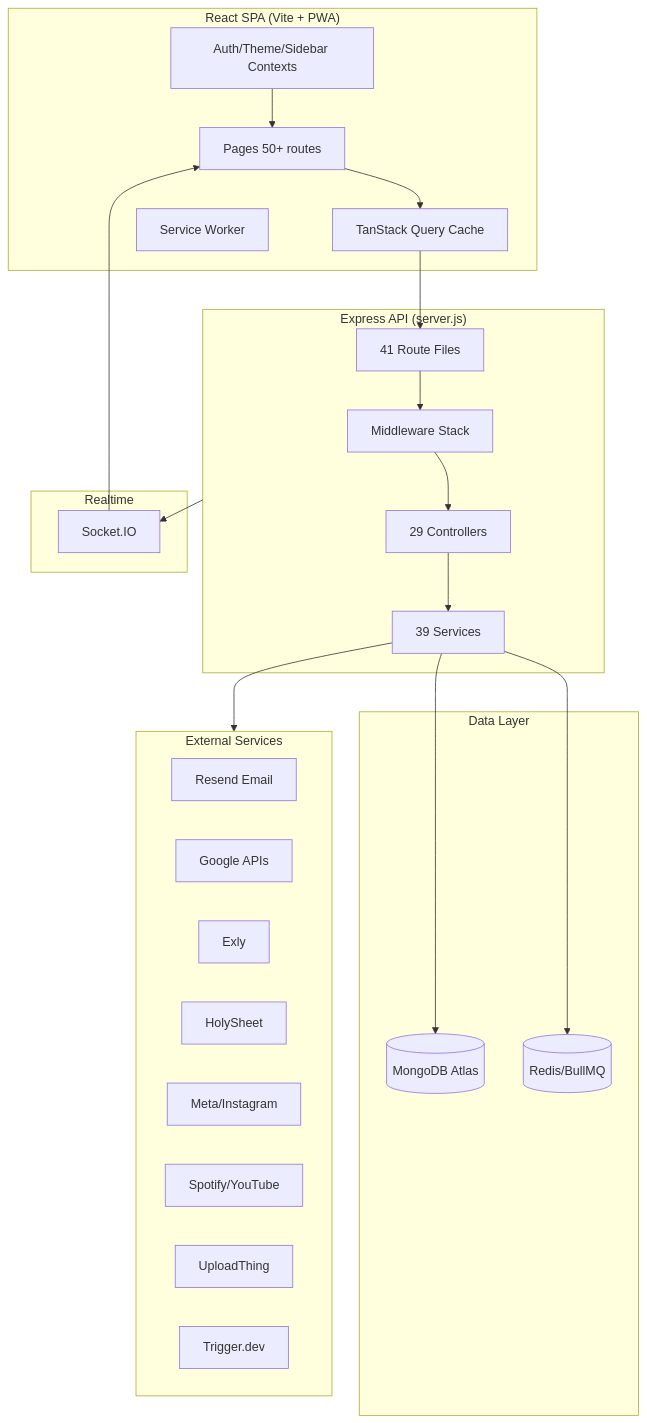
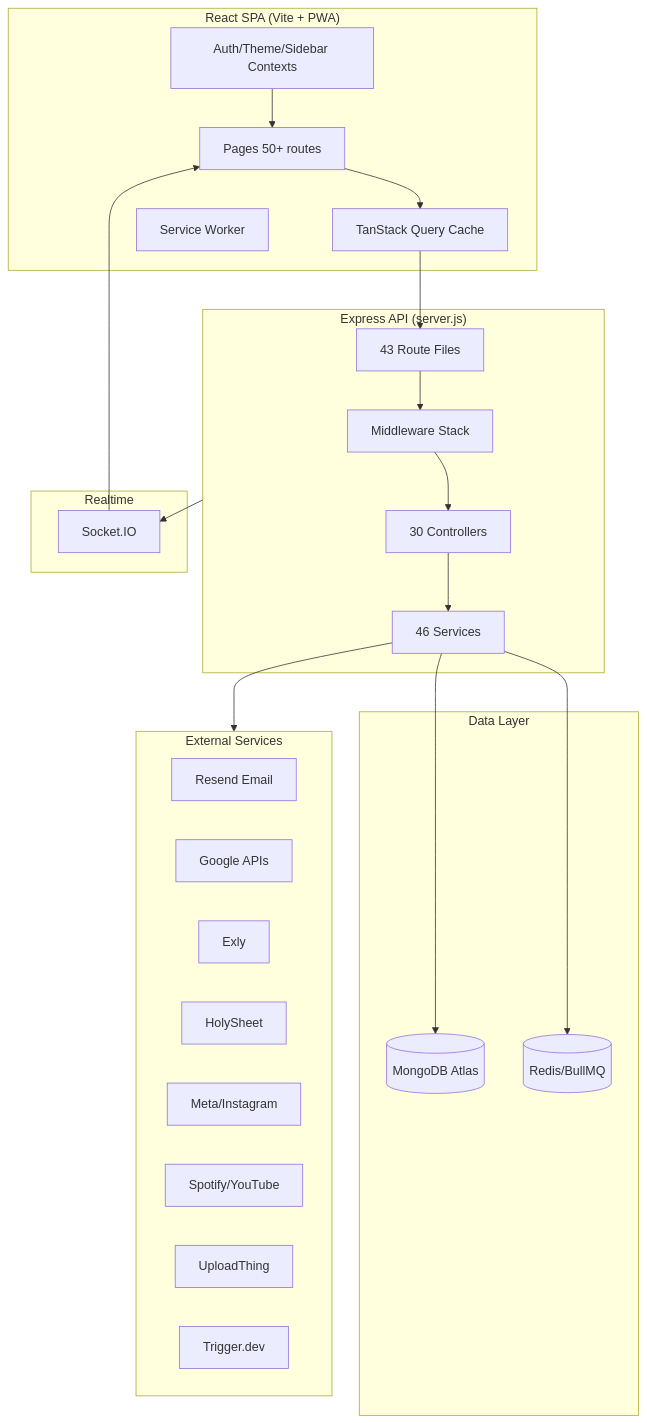
Before and after one commit to RaghavSobti37/Taskmaster: the diagram in docs/AI_AGENT_PROJECT_CONTEXT.md, drawn with Mermaid. The commit also changed other lines of this file and 82 other files, not shown here.

````diff
--- a/docs/AI_AGENT_PROJECT_CONTEXT.md
+++ b/docs/AI_AGENT_PROJECT_CONTEXT.md
@@ -325,45 +331,45 @@
 ```mermaid
 graph TD
     subgraph Client ["React SPA (Vite + PWA)"]
         Pages[Pages 50+ routes]
         RQ[TanStack Query Cache]
         Ctx[Auth/Theme/Sidebar Contexts]
         SW[Service Worker]
     end
 
     subgraph API ["Express API (server.js)"]
         MW[Middleware Stack]
-        Routes[41 Route Files]
-        Ctrl[29 Controllers]
-        Svc[39 Services]
+        Routes[43 Route Files]
+        Ctrl[30 Controllers]
+        Svc[46 Services]
     end
 
     subgraph Data ["Data Layer"]
         Mongo[(MongoDB Atlas)]
         Redis[(Redis/BullMQ)]
     end
 
     subgraph Realtime ["Realtime"]
         SIO[Socket.IO]
     end
 
     subgraph External ["External Services"]
         Resend[Resend Email]
         Google[Google APIs]
         Exly[Exly]
         HolySheet[HolySheet]
         Meta[Meta/Instagram]
         Spotify[Spotify/YouTube]
         UploadThing[UploadThing]
         Trigger[Trigger.dev]
     end
 
     Pages --> RQ --> Routes
     Ctx --> Pages
     Routes --> MW --> Ctrl --> Svc
     Svc --> Mongo
     Svc --> Redis
     Svc --> External
     SIO --> Pages
     API --> SIO
 ```
````
